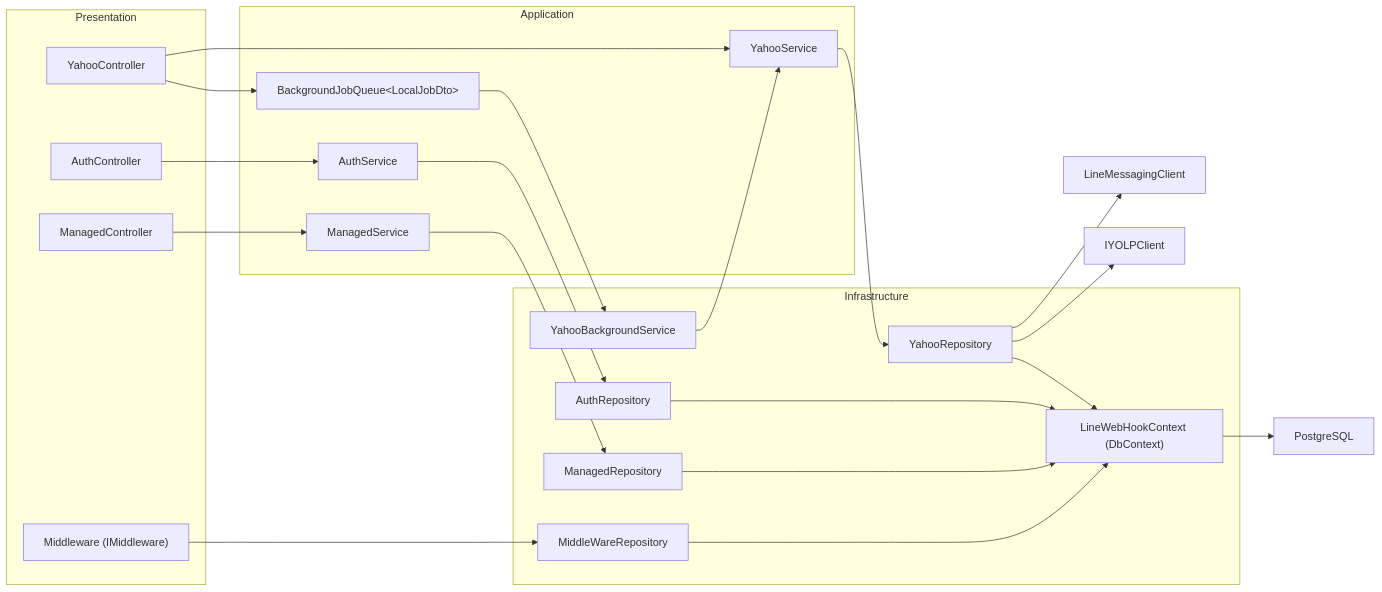
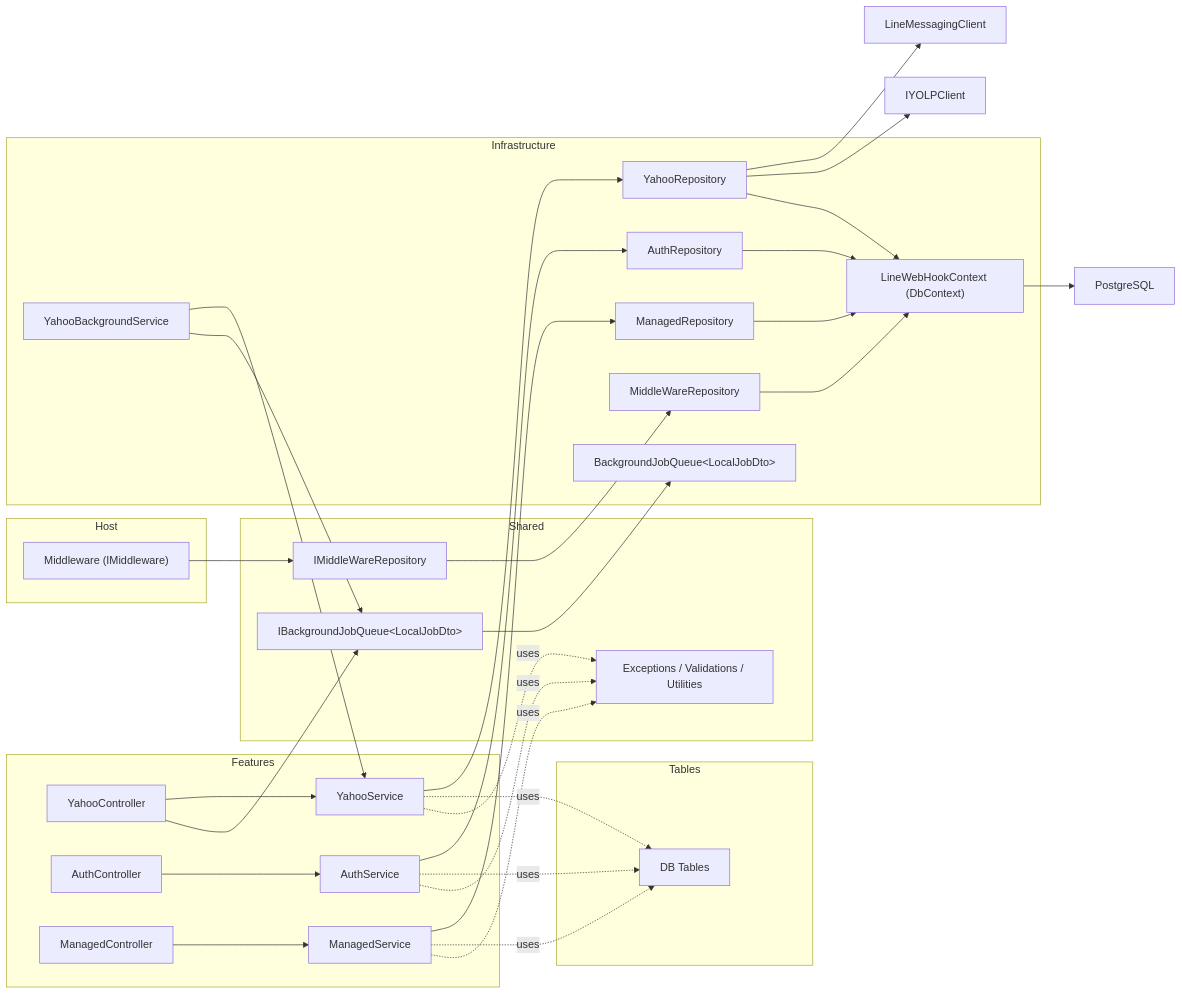
Before and after one commit to agts86/G-Searcher: the second of 4 diagrams in Architect.md, drawn with Mermaid. The commit also changed 99 other files, not shown here.

First line of the commit message:
feat: Add Yahoo feature with controller, services, and job queue implementation

````diff
--- a/Architect.md
+++ b/Architect.md
@@ -30,47 +30,64 @@
 ```mermaid
 graph LR
-    subgraph Presentation
-      YahooController["YahooController"]
-      AuthController["AuthController"]
-      ManagedController["ManagedController"]
+    subgraph Host
       Middleware["Middleware (IMiddleware)"]
     end
 
-    subgraph Application
+    subgraph Features
+      YahooController["YahooController"]
       YahooService["YahooService"]
+      AuthController["AuthController"]
       AuthService["AuthService"]
+      ManagedController["ManagedController"]
       ManagedService["ManagedService"]
-      Queue["BackgroundJobQueue&lt;LocalJobDto&gt;"]
+    end
+
+    subgraph Tables
+      AppModels["DB Tables"]
+    end
+
+    subgraph Shared
+      MiddlewareRepoI["IMiddleWareRepository"]
+      QueueI["IBackgroundJobQueue&lt;LocalJobDto&gt;"]
+      SharedComp["Exceptions / Validations / Utilities"]
     end
 
     subgraph Infrastructure
       YahooRepo["YahooRepository"]
       AuthRepo["AuthRepository"]
       ManagedRepo["ManagedRepository"]
       MiddlewareRepo["MiddleWareRepository"]
+      QueueImpl["BackgroundJobQueue&lt;LocalJobDto&gt;"]
       Bg["YahooBackgroundService"]
       DbContext["LineWebHookContext (DbContext)"]
     end
 
     LineSdk["LineMessagingClient"]
     YOLP["IYOLPClient"]
     Pg["PostgreSQL"]
 
     YahooController --> YahooService --> YahooRepo
-    AuthController --> AuthService
-    AuthService --> AuthRepo
+    AuthController --> AuthService --> AuthRepo
     ManagedController --> ManagedService --> ManagedRepo
-    Middleware --> MiddlewareRepo
+    Middleware --> MiddlewareRepoI --> MiddlewareRepo
 
-    YahooController --> Queue
+    YahooController --> QueueI
     Bg --> YahooService
-    Queue --> Bg
+    Bg --> QueueI
+    QueueI --> QueueImpl
 
     YahooRepo --> LineSdk
     YahooRepo --> YOLP
     YahooRepo --> DbContext
     AuthRepo --> DbContext
     ManagedRepo --> DbContext
     MiddlewareRepo --> DbContext
     DbContext --> Pg
+
+    YahooService -. uses .-> AppModels
+    AuthService -. uses .-> AppModels
+    ManagedService -. uses .-> AppModels
+    YahooService -. uses .-> SharedComp
+    AuthService -. uses .-> SharedComp
+    ManagedService -. uses .-> SharedComp
 ```
````
